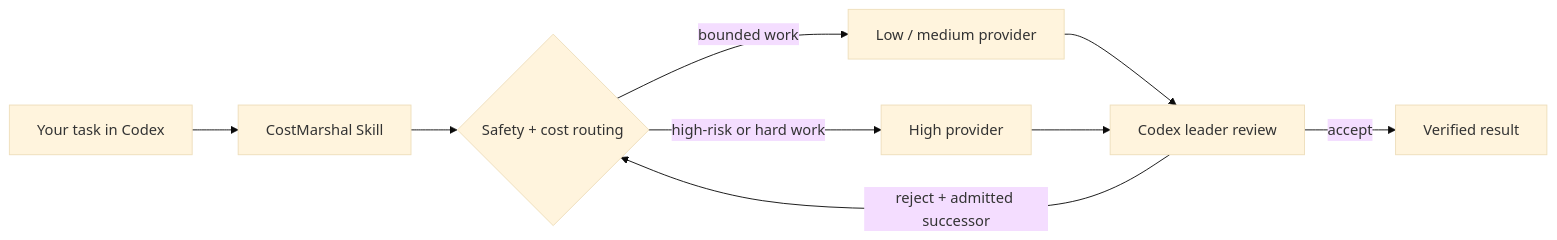
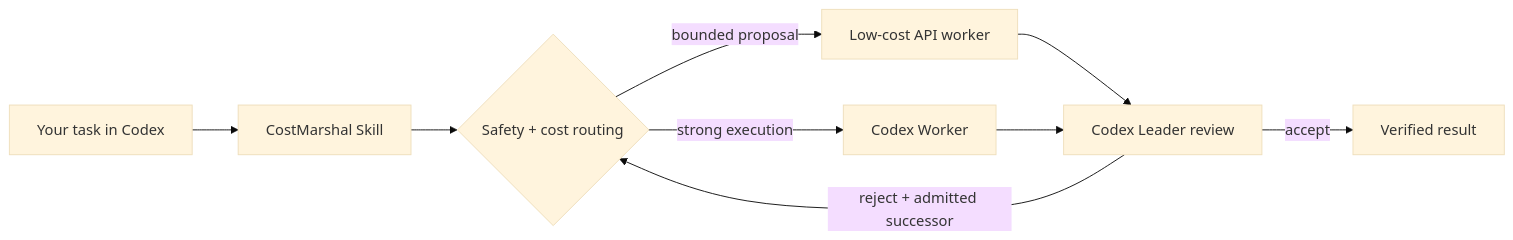
Before and after one commit to yptang98/CostMarshal: the diagram in README.md, drawn with Mermaid (base theme). The commit also changed other lines of this file and 40 other files, not shown here.

````diff
--- a/README.md
+++ b/README.md
@@ -99,11 +99,11 @@
 ```mermaid
 flowchart LR
     A[Your task in Codex] --> B[CostMarshal Skill]
     B --> C{Safety + cost routing}
-    C -->|bounded work| D[Low / medium provider]
-    C -->|high-risk or hard work| E[High provider]
-    D --> F[Codex leader review]
+    C -->|bounded proposal| D[Low-cost API worker]
+    C -->|strong execution| E[Codex Worker]
+    D --> F[Codex Leader review]
     E --> F
     F -->|accept| G[Verified result]
     F -->|reject + admitted successor| C
 ```
````
